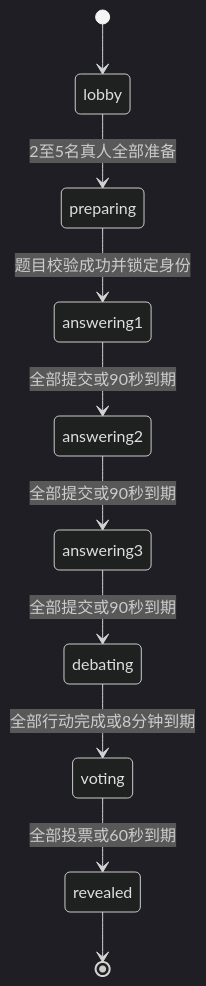
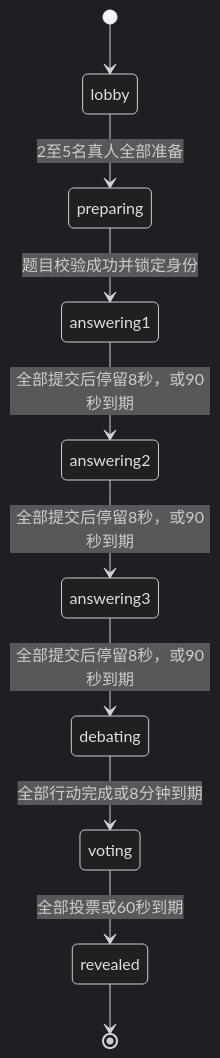
One commit to Fishman-free/Human-Touch-Roundtable changed the diagram in docs/architecture/game-core-design.md. Above: the diagram before and after it, drawn with Mermaid (dark theme). The commit also changed other lines of this file and 8 other files, not shown here.

````diff
--- a/docs/architecture/game-core-design.md
+++ b/docs/architecture/game-core-design.md
@@ -20,12 +20,12 @@
 ```mermaid
 stateDiagram-v2
     [*] --> lobby
     lobby --> preparing: 2至5名真人全部准备
     preparing --> answering1: 题目校验成功并锁定身份
-    answering1 --> answering2: 全部提交或90秒到期
-    answering2 --> answering3: 全部提交或90秒到期
-    answering3 --> debating: 全部提交或90秒到期
+    answering1 --> answering2: 全部提交后停留8秒，或90秒到期
+    answering2 --> answering3: 全部提交后停留8秒，或90秒到期
+    answering3 --> debating: 全部提交后停留8秒，或90秒到期
     debating --> voting: 全部行动完成或8分钟到期
     voting --> revealed: 全部投票或60秒到期
     revealed --> [*]
 ```
````
